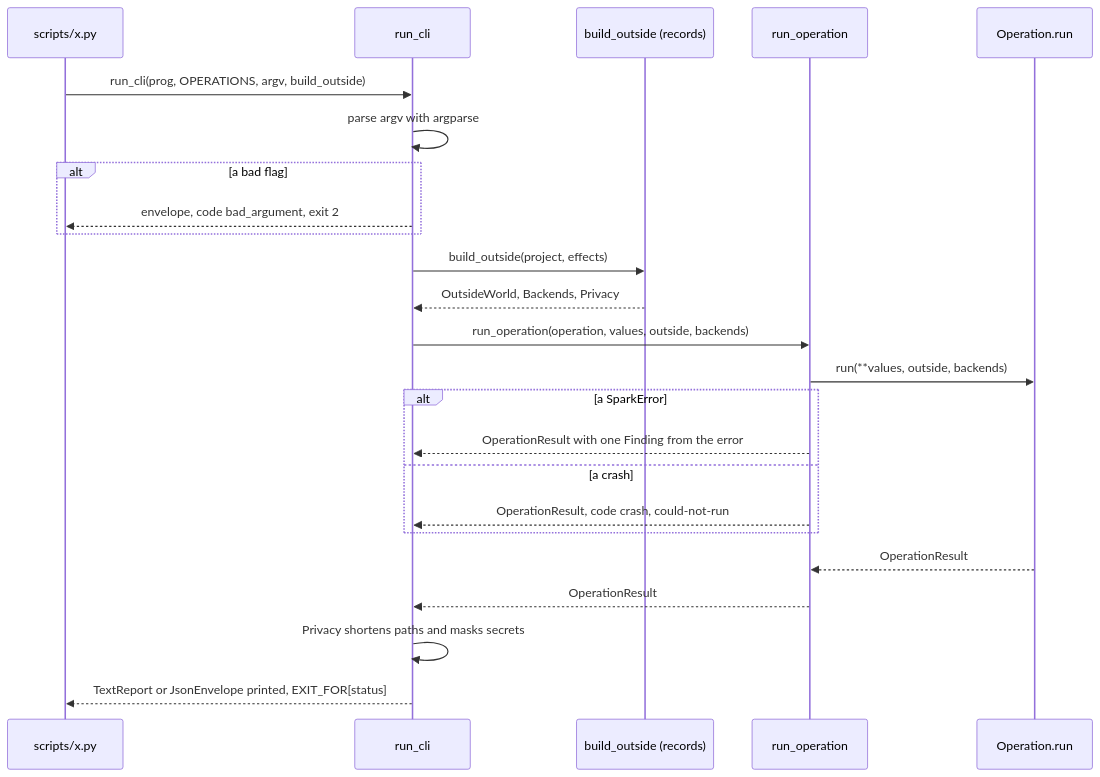
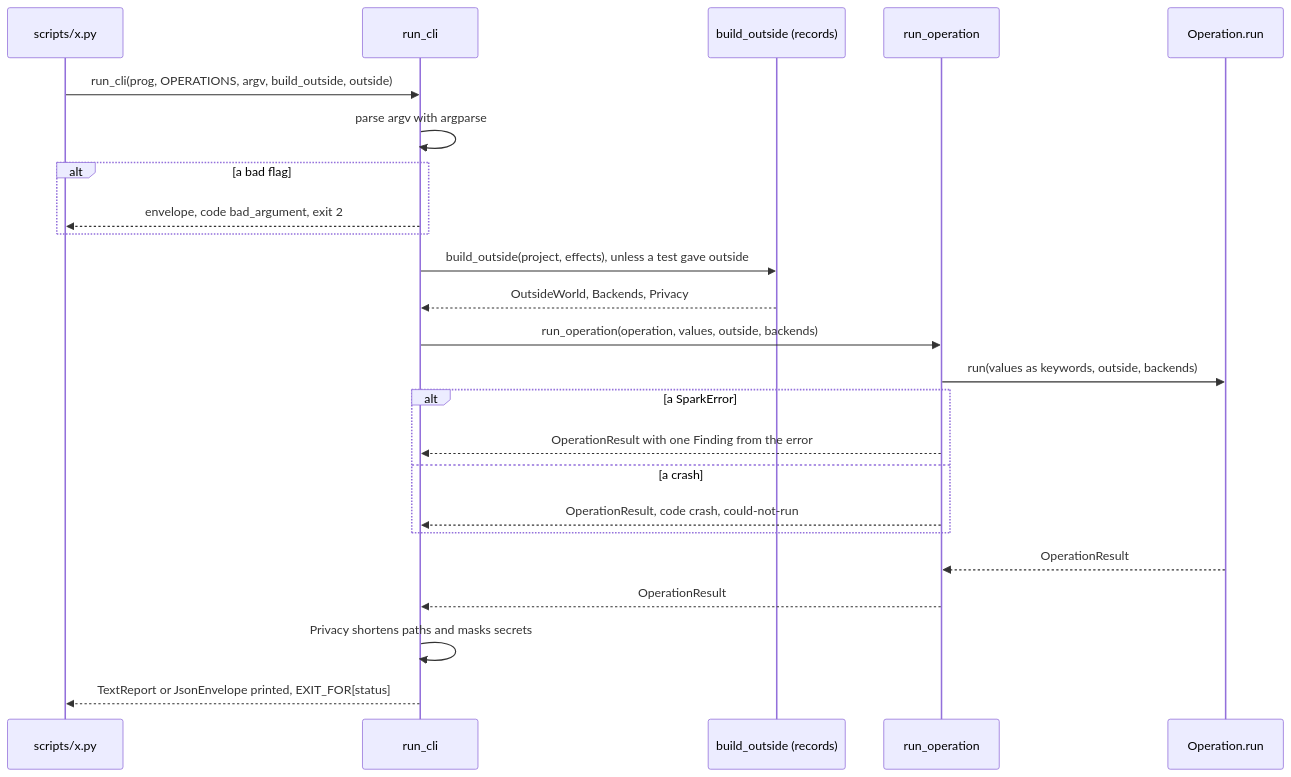
Before and after one commit to xmejkal/spark: the second of 2 diagrams in docs/discovery/2026-10-19-p323-target-architecture/architecture/areas/core.md, drawn with Mermaid. The commit also changed other lines of this file and 13 other files, not shown here.

````diff
--- a/docs/discovery/2026-10-19-p323-target-architecture/architecture/areas/core.md
+++ b/docs/discovery/2026-10-19-p323-target-architecture/architecture/areas/core.md
@@ -139,26 +114,26 @@
 ```mermaid
 sequenceDiagram
   participant CLI as scripts/x.py
   participant RC as run_cli
   participant B as build_outside (records)
   participant RO as run_operation
   participant OP as Operation.run
-  CLI->>RC: run_cli(prog, OPERATIONS, argv, build_outside)
+  CLI->>RC: run_cli(prog, OPERATIONS, argv, build_outside, outside)
   RC->>RC: parse argv with argparse
   alt a bad flag
     RC-->>CLI: envelope, code bad_argument, exit 2
   end
-  RC->>B: build_outside(project, effects)
+  RC->>B: build_outside(project, effects), unless a test gave outside
   B-->>RC: OutsideWorld, Backends, Privacy
   RC->>RO: run_operation(operation, values, outside, backends)
-  RO->>OP: run(**values, outside, backends)
+  RO->>OP: run(values as keywords, outside, backends)
   alt a SparkError
     RO-->>RC: OperationResult with one Finding from the error
   else a crash
     RO-->>RC: OperationResult, code crash, could-not-run
   end
   OP-->>RO: OperationResult
   RO-->>RC: OperationResult
   RC->>RC: Privacy shortens paths and masks secrets
   RC-->>CLI: TextReport or JsonEnvelope printed, EXIT_FOR[status]
 ```
````
